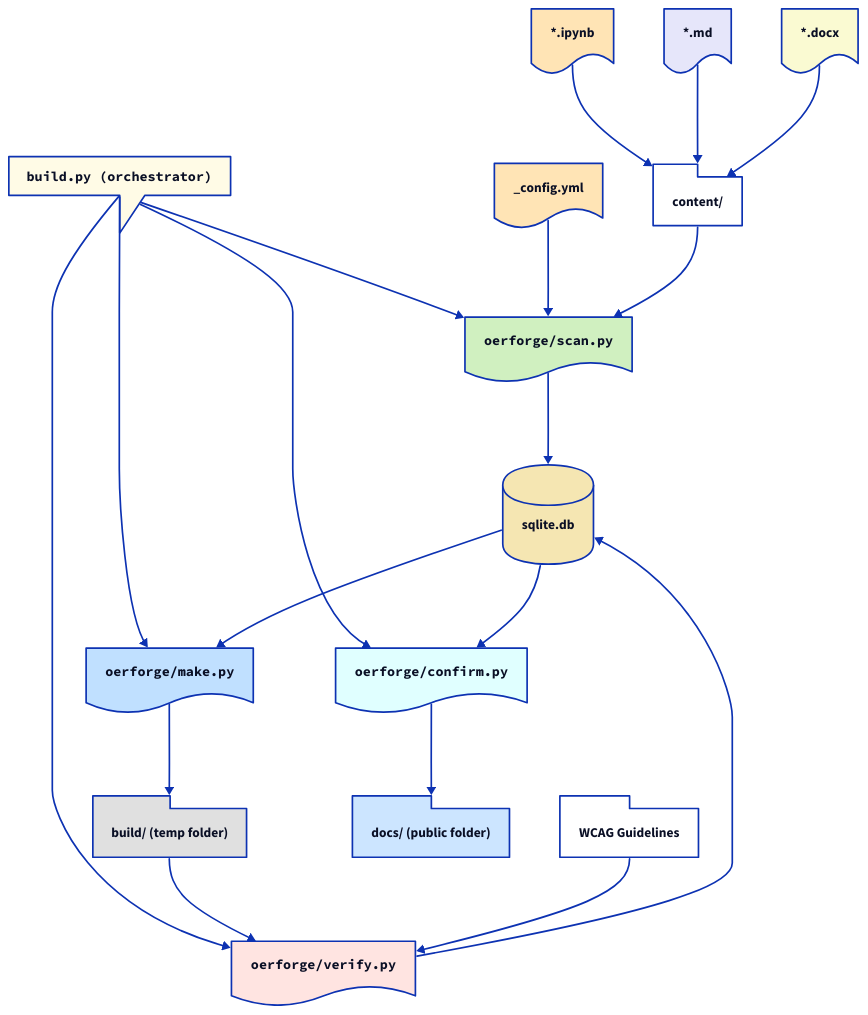
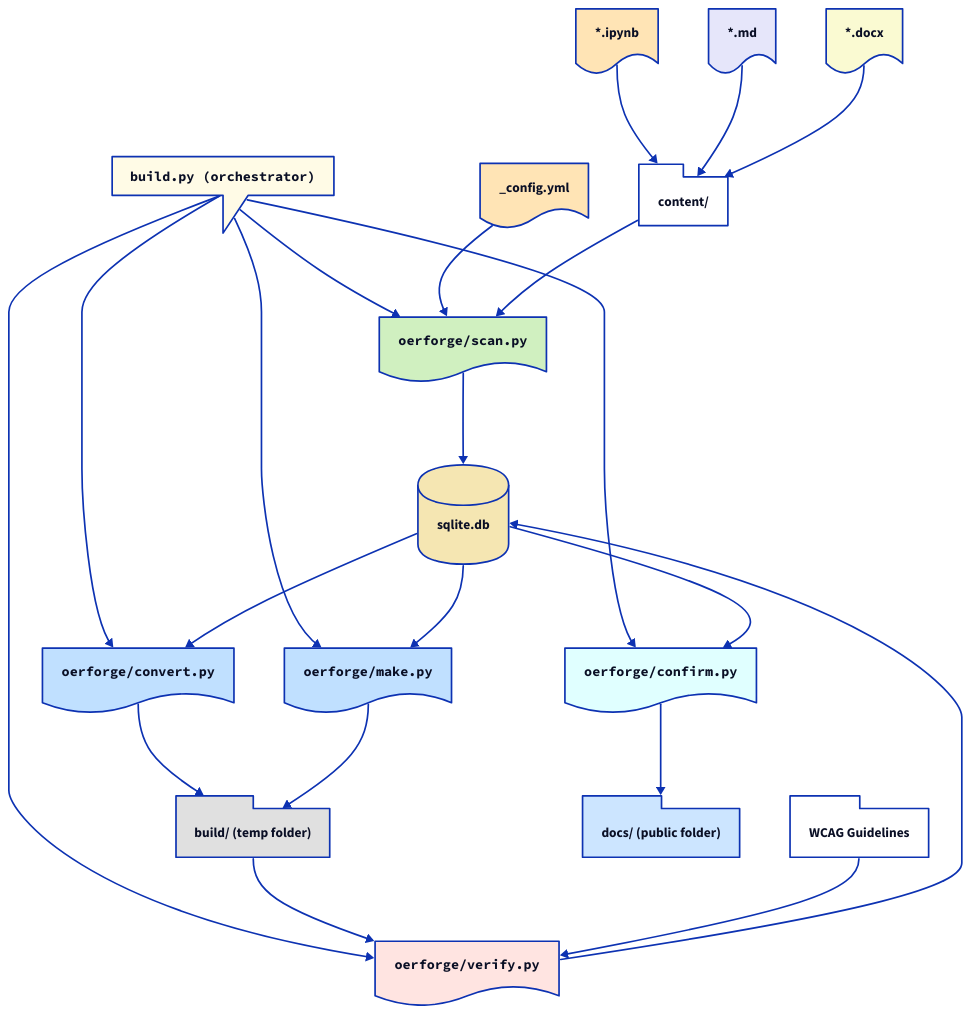
Before and after one commit to OER-Forge/oer-forge.github.io: the diagram in documentation/src/overview.d2, drawn with D2. The commit also changed 3 other files, not shown here.

```diff
--- a/documentation/src/overview.d2
+++ b/documentation/src/overview.d2
@@ -1,138 +1,150 @@
 direction: down
 
 config: "_config.yml"
 
 config: {
     label: "_config.yml"
     shape: document
     style: {
     fill: "#ffe4b5"
   }
 }
 
 content: {
   label: "content/"
   shape: package
   style: {
     fill: "#ffffff"
   }
 }
 
 wcag: {
   label: "WCAG Guidelines"
   shape: package
   style: {
     fill: "#ffffff"
   }
 }
 
 ipynb: {
   label: "*.ipynb"
   shape: document
   style: {
     fill: "#ffe4b5"
   }
 }
 md: {
   label: "*.md"
   shape: document
   style: {
     fill: "#e6e6fa"
   }
 }
 docx: {
   label: "*.docx"
   shape: document
   style: {
     fill: "#fafad2"
   }
 }
 
 sqlite_db: {
   label: "sqlite.db"
   shape: cylinder
   style: {
     fill: "#f5e6b2"
   }
 }
 
 build_py: {
   label: "build.py (orchestrator)"
   shape: callout
   style: {
     fill: "#fffbe6"
     font: mono
   }
 }
 
 build_py -> scan_py
+build_py -> convert_py
 build_py -> make_py
 build_py -> verify_py
 build_py -> confirm_py
 
 scan_py: {
   label: "oerforge/scan.py"
   shape: document
   style: {
     fill: "#d0f0c0"
+    font: mono
+  }
+}
+
+convert_py: {
+  label: "oerforge/convert.py"
+  shape: document
+  style: {
+    fill: "#c0e0ff"
     font: mono
   }
 }
 
 make_py: {
   label: "oerforge/make.py"
   shape: document
   style: {
     fill: "#c0e0ff"
     font: mono
   }
 }
 
 verify_py: {
     label: "oerforge/verify.py"
     shape: document
     style: {
         fill: "#ffe4e1"
         font: mono
     }
 }
 
 confirm_py: {
     label: "oerforge/confirm.py"
     shape: document
     style: {
         fill: "#e0ffff"
         font: mono
     }
 }
 
 build: {
   label: "build/ (temp folder)"
   shape: package
   style: {
     fill: "#e0e0e0"
   }
 }
 
 docs: {
   label: "docs/ (public folder)"
   shape: package
   style: {
     fill: "#cce5ff"
   }
 }
 
 
 ipynb -> content
 md -> content
 docx -> content
 config -> scan_py
 content -> scan_py
 scan_py -> sqlite_db
+sqlite_db -> convert_py
 sqlite_db -> make_py
+convert_py -> build
 make_py -> build
 build -> verify_py
 verify_py -> sqlite_db
 sqlite_db -> confirm_py
 confirm_py -> docs
 wcag -> verify_py
```
